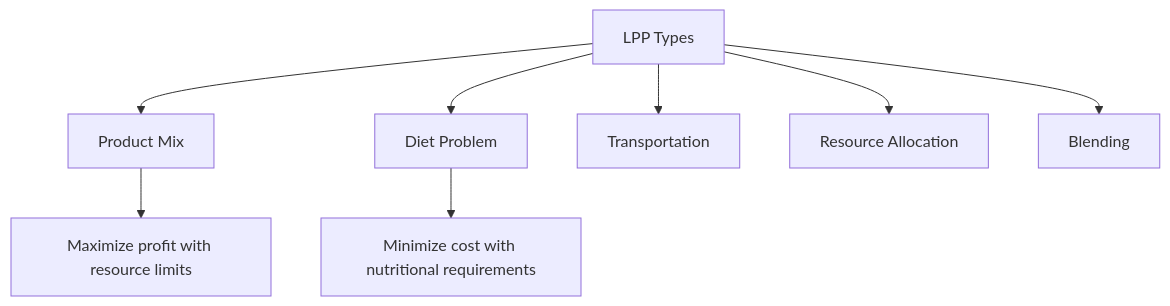
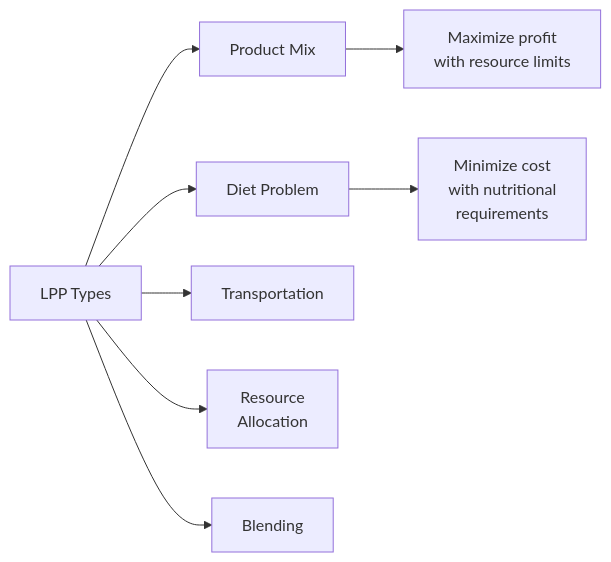
Before and after one commit to amitdevx/TY: the diagram in 03-Mathematics/Unit-1.md, drawn with Mermaid. The commit also changed 65 other files, not shown here.

Commit message:
fix:graph vertical

````diff
--- a/03-Mathematics/Unit-1.md
+++ b/03-Mathematics/Unit-1.md
@@ -94,10 +94,10 @@
 ```mermaid
-graph TD
+graph LR
     A[LPP Types] --> B[Product Mix]
     A --> C[Diet Problem]
     A --> D[Transportation]
-    A --> E[Resource Allocation]
+    A --> E[Resource<br/>Allocation]
     A --> F[Blending]
-    B --> G[Maximize profit with resource limits]
-    C --> H[Minimize cost with nutritional requirements]
+    B --> G[Maximize profit<br/>with resource limits]
+    C --> H[Minimize cost<br/>with nutritional<br/>requirements]
 ```
````
